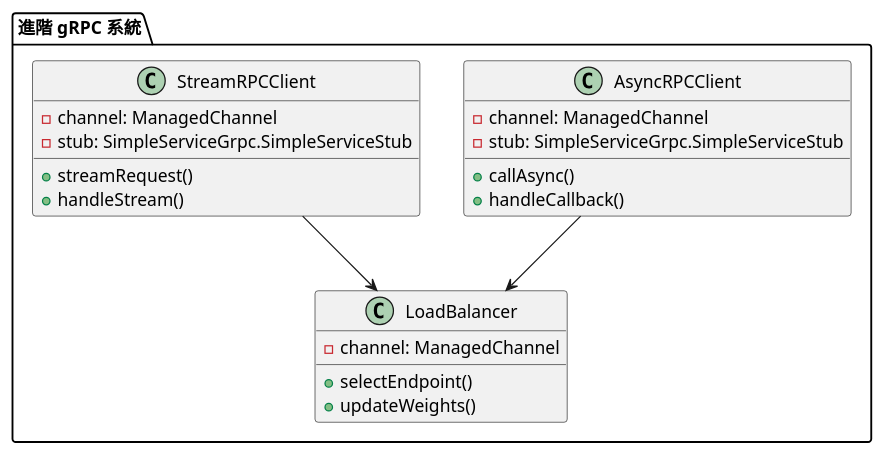
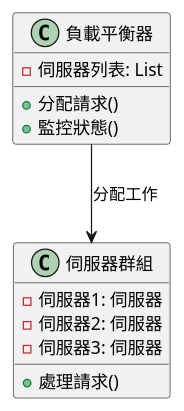
Before and after one commit to fine5351/info-sync: the third of 3 diagrams in doc/learning/architecture/rpc_tutorial.md, drawn with PlantUML. The commit also changed other lines of this file and 35 other files, not shown here.

````diff
--- a/doc/learning/architecture/rpc_tutorial.md
+++ b/doc/learning/architecture/rpc_tutorial.md
@@ -416,28 +170,18 @@
 ```plantuml
 @startuml
-package "進階 gRPC 系統" {
-    class AsyncRPCClient {
-        - channel: ManagedChannel
-        - stub: SimpleServiceGrpc.SimpleServiceStub
-        + callAsync()
-        + handleCallback()
-    }
-    
-    class StreamRPCClient {
-        - channel: ManagedChannel
-        - stub: SimpleServiceGrpc.SimpleServiceStub
-        + streamRequest()
-        + handleStream()
-    }
-    
-    class LoadBalancer {
-        - channel: ManagedChannel
-        + selectEndpoint()
-        + updateWeights()
-    }
+class 負載平衡器 {
+    - 伺服器列表: List
+    + 分配請求()
+    + 監控狀態()
 }
 
-AsyncRPCClient --> LoadBalancer
-StreamRPCClient --> LoadBalancer
+class 伺服器群組 {
+    - 伺服器1: 伺服器
+    - 伺服器2: 伺服器
+    - 伺服器3: 伺服器
+    + 處理請求()
+}
+
+負載平衡器 --> 伺服器群組 : 分配工作
 @enduml
 ```
````
